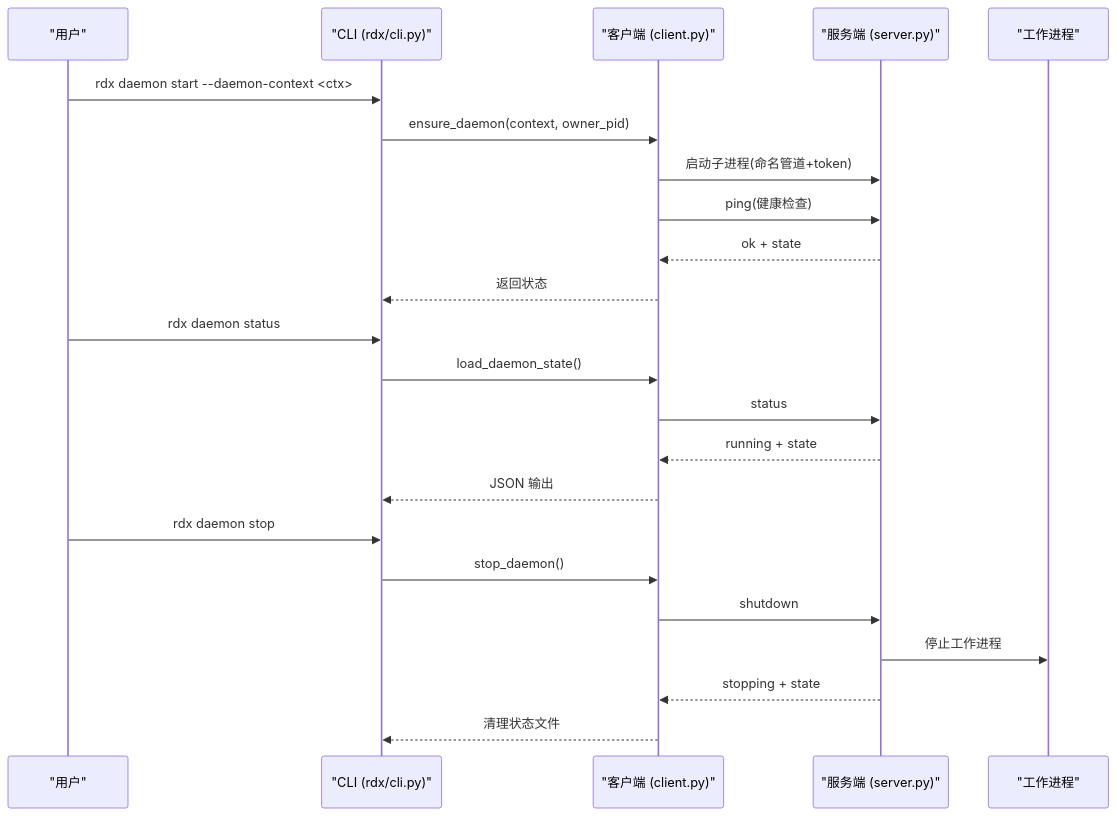
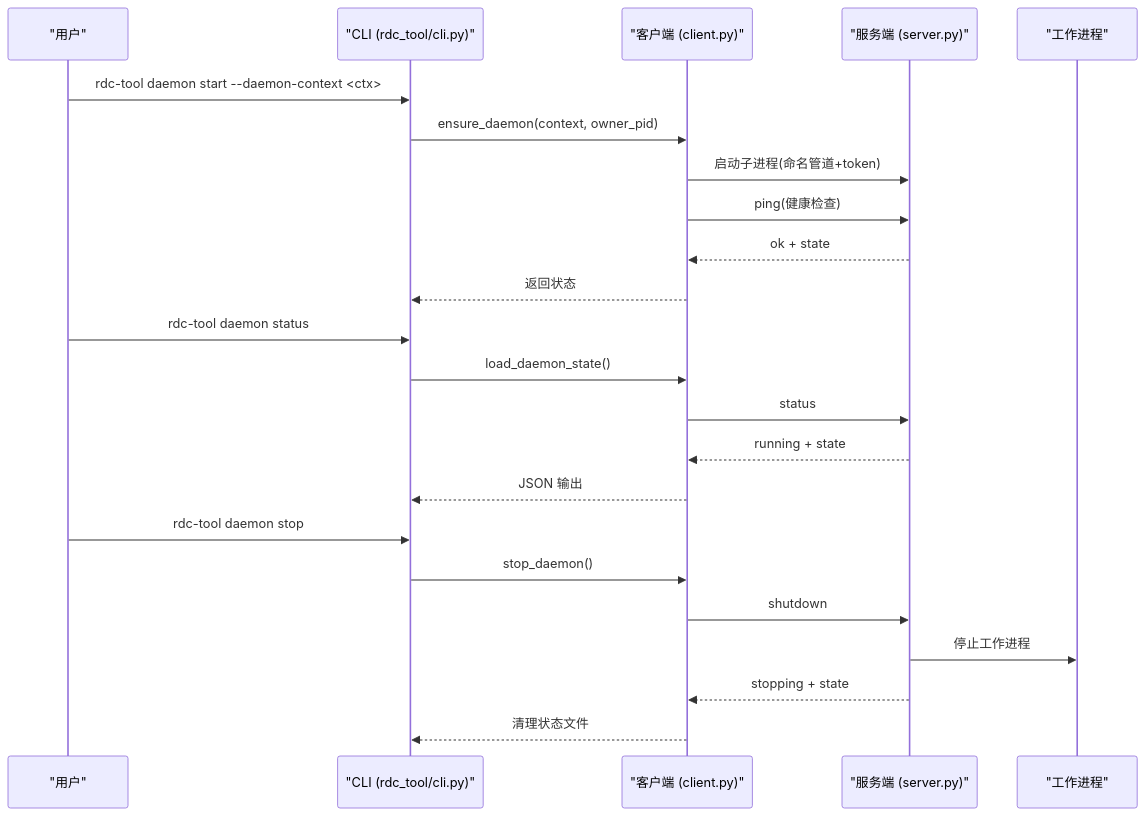
Before and after one commit to haolange/RDC-Tool: the second of 7 diagrams in .qoder/repowiki/zh/content/CLI参考手册/守护进程管理命令.md, drawn with Mermaid. The commit also changed other lines of this file and 388 other files, not shown here.

First line of the commit message:
Release RDC-Tool identity and public maintenance surface

````diff
--- a/.qoder/repowiki/zh/content/CLI参考手册/守护进程管理命令.md
+++ b/.qoder/repowiki/zh/content/CLI参考手册/守护进程管理命令.md
@@ -72,25 +72,25 @@
 ```mermaid
 sequenceDiagram
 participant U as "用户"
-participant CLI as "CLI (rdx/cli.py)"
+participant CLI as "CLI (rdc_tool/cli.py)"
 participant CL as "客户端 (client.py)"
 participant S as "服务端 (server.py)"
 participant W as "工作进程"
-U->>CLI : rdx daemon start --daemon-context <ctx>
+U->>CLI : rdc-tool daemon start --daemon-context <ctx>
 CLI->>CL : ensure_daemon(context, owner_pid)
 CL->>S : 启动子进程(命名管道+token)
 CL->>S : ping(健康检查)
 S-->>CL : ok + state
 CL-->>CLI : 返回状态
-U->>CLI : rdx daemon status
+U->>CLI : rdc-tool daemon status
 CLI->>CL : load_daemon_state()
 CL->>S : status
 S-->>CL : running + state
 CL-->>CLI : JSON 输出
-U->>CLI : rdx daemon stop
+U->>CLI : rdc-tool daemon stop
 CLI->>CL : stop_daemon()
 CL->>S : shutdown
 S->>W : 停止工作进程
 S-->>CL : stopping + state
 CL-->>CLI : 清理状态文件
 ```
````
